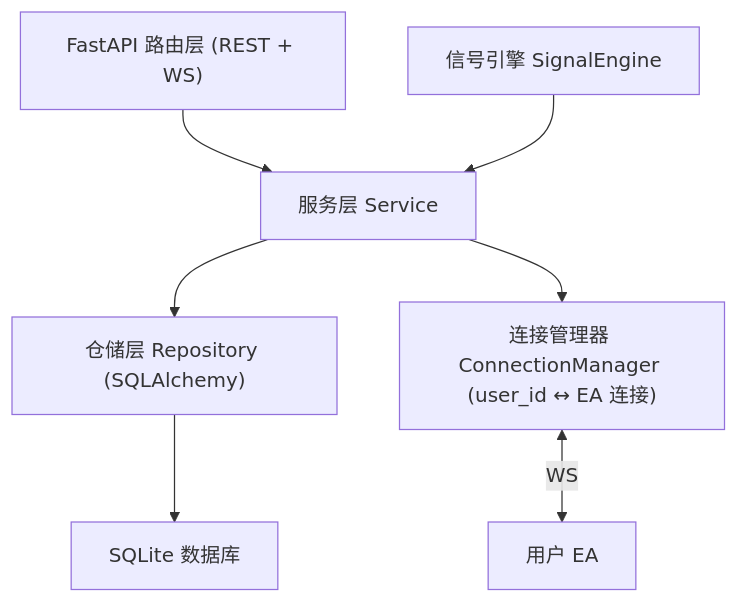
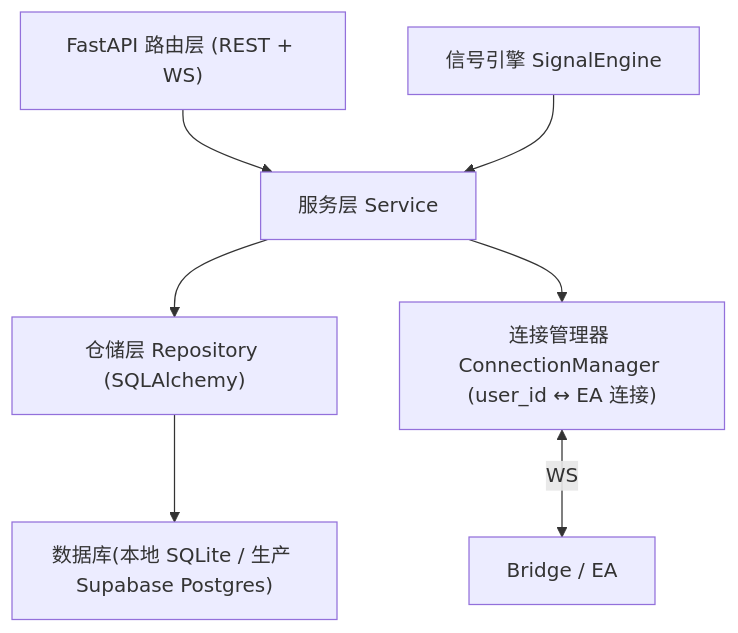
The second of 3 diagrams in .trae/documents/PRISMX_Signal_Lab_技术架构文档.md (PRISMX-TD/PRISMX-SIGNAL-LAB), drawn with Mermaid before and after one commit. The commit also changed other lines of this file and 1 other file, not shown here.

Commit message:
Update PRD and architecture docs to current deployed state

````diff
--- a/.trae/documents/PRISMX_Signal_Lab_技术架构文档.md
+++ b/.trae/documents/PRISMX_Signal_Lab_技术架构文档.md
@@ -171,9 +202,9 @@
 ```mermaid
 graph TD
     A["FastAPI 路由层 (REST + WS)"] --> B["服务层 Service"]
     B --> C["仓储层 Repository (SQLAlchemy)"]
-    C --> D["SQLite 数据库"]
+    C --> D["数据库(本地 SQLite / 生产 Supabase Postgres)"]
     B --> E["连接管理器 ConnectionManager (user_id ↔ EA 连接)"]
     F["信号引擎 SignalEngine"] --> B
-    E <-->|"WS"| G["用户 EA"]
+    E <-->|"WS"| G["Bridge / EA"]
 ```
````
